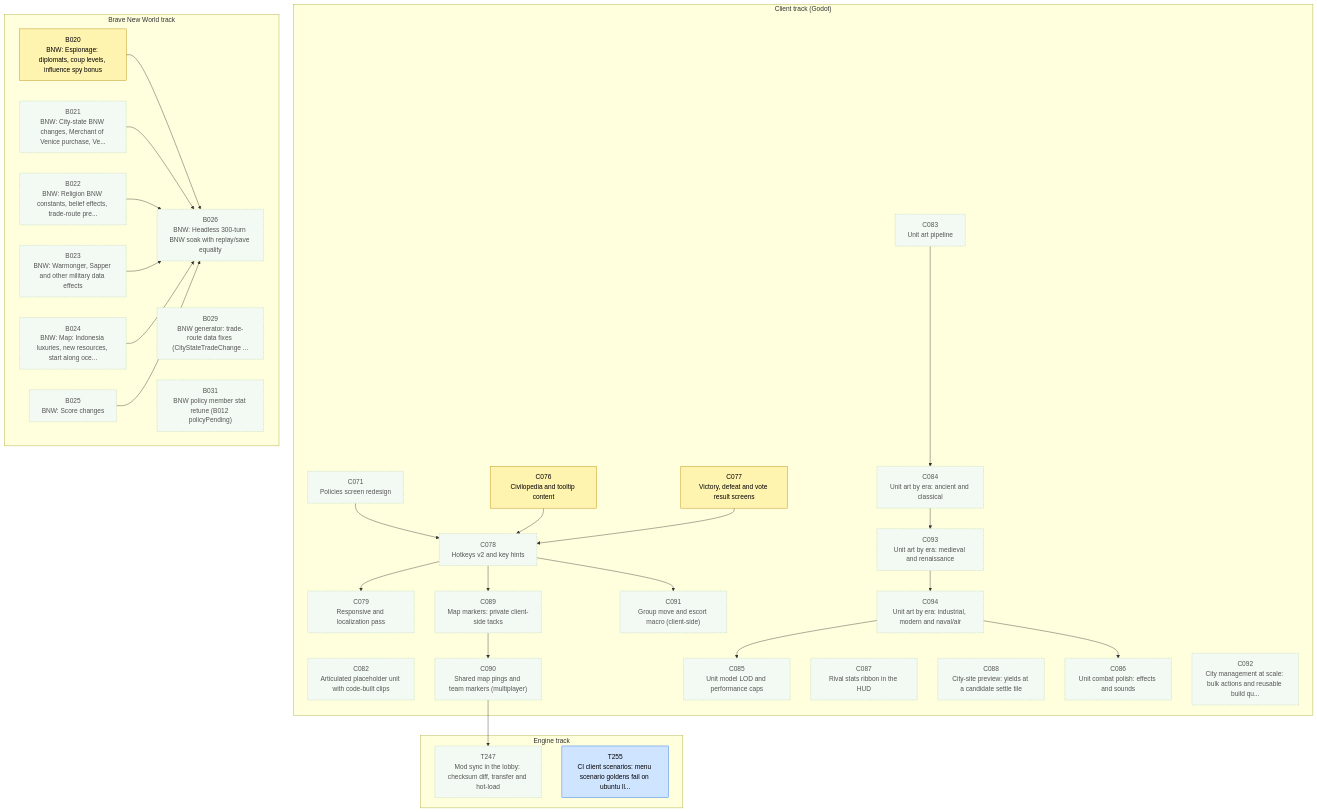
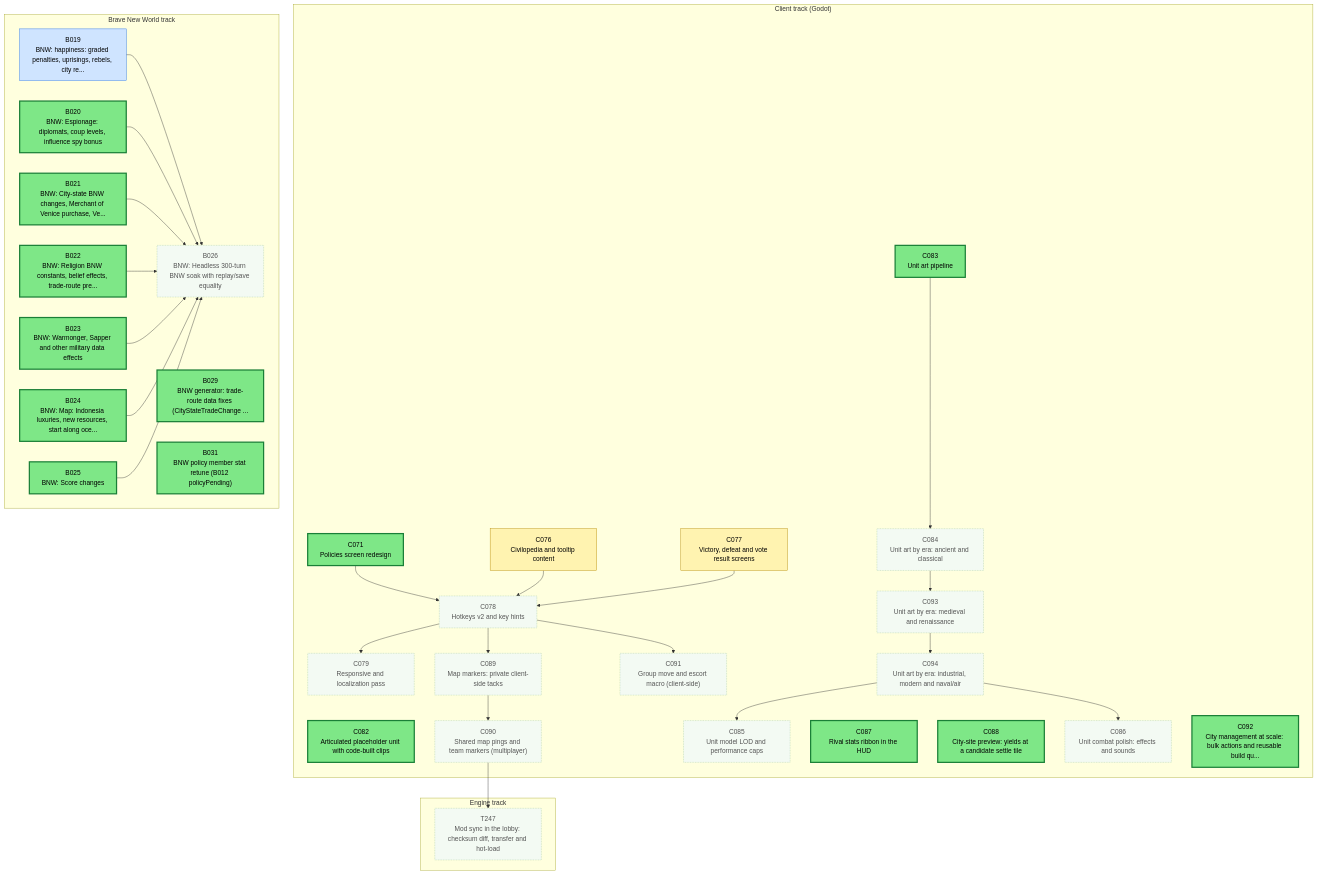
Before and after one commit to Kenmura/Unciv: the first of 3 diagrams in csharp/migration/DEPENDENCY_MAP.md, drawn with Mermaid. The commit also changed other lines of this file and 1 other file, not shown here.

````diff
--- a/csharp/migration/DEPENDENCY_MAP.md
+++ b/csharp/migration/DEPENDENCY_MAP.md
@@ -26,7 +26,6 @@
 flowchart TD
   subgraph TTRACK["Engine track"]
     T247["T247<br/>Mod sync in the lobby: checksum diff, transfer and hot-load"]
-    T255["T255<br/>CI client scenarios: menu scenario goldens fail on ubuntu ll..."]
   end
   subgraph CTRACK["Client track (Godot)"]
     C071["C071<br/>Policies screen redesign"]
@@ -49,6 +48,7 @@
     C094["C094<br/>Unit art by era: industrial, modern and naval/air"]
   end
   subgraph BTRACK["Brave New World track"]
+    B019["B019<br/>BNW: happiness: graded penalties, uprisings, rebels, city re..."]
     B020["B020<br/>BNW: Espionage: diplomats, coup levels, influence spy bonus"]
     B021["B021<br/>BNW: City-state BNW changes, Merchant of Venice purchase, Ve..."]
     B022["B022<br/>BNW: Religion BNW constants, belief effects, trade-route pre..."]
@@ -72,6 +72,7 @@
   C078 --> C091
   C084 --> C093
   C093 --> C094
+  B019 --> B026
   B020 --> B026
   B021 --> B026
   B022 --> B026
@@ -85,33 +86,33 @@
   classDef review fill:#cfe4ff,stroke:#1f6feb,color:#000
   classDef blocked fill:#ffd6d6,stroke:#c62828,color:#000
   classDef done fill:#eeeeee,stroke:#999999,color:#666,stroke-dasharray:4 3
-  class B020 prog
-  class B021 waiting
-  class B022 waiting
-  class B023 waiting
-  class B024 waiting
-  class B025 waiting
+  class B019 review
+  class B020 ready
+  class B021 ready
+  class B022 ready
+  class B023 ready
+  class B024 ready
+  class B025 ready
   class B026 waiting
-  class B029 waiting
-  class B031 waiting
-  class C071 waiting
+  class B029 ready
+  class B031 ready
+  class C071 ready
   class C076 prog
   class C077 prog
   class C078 waiting
   class C079 waiting
-  class C082 waiting
-  class C083 waiting
+  class C082 ready
+  class C083 ready
   class C084 waiting
   class C085 waiting
   class C086 waiting
-  class C087 waiting
-  class C088 waiting
+  class C087 ready
+  class C088 ready
   class C089 waiting
   class C090 waiting
   class C091 waiting
-  class C092 waiting
+  class C092 ready
   class C093 waiting
   class C094 waiting
   class T247 waiting
-  class T255 review
 ```
````
